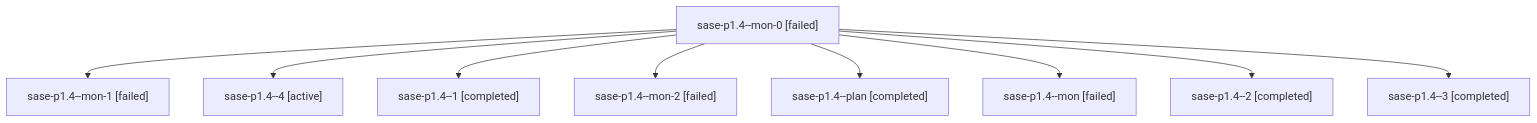
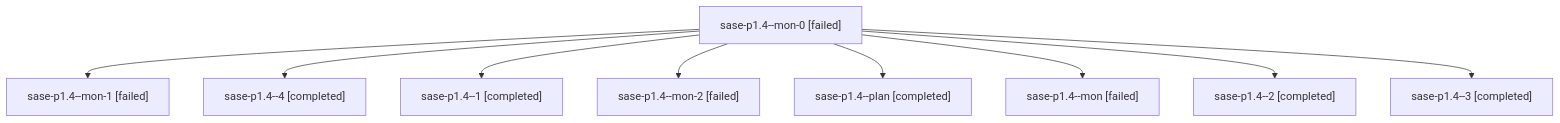
Before and after one commit to sase-org/sase--agents: the diagram in families/bbugyi200.athena.sase-p1.4.md, drawn with Mermaid. The commit also changed other lines of this file and 51 other files, not shown here.

````diff
--- a/families/bbugyi200.athena.sase-p1.4.md
+++ b/families/bbugyi200.athena.sase-p1.4.md
@@ -9,20 +9,20 @@
 ```mermaid
 flowchart TD
   n0["sase-p1.4--mon-0 [failed]"]
   n1["sase-p1.4--mon-1 [failed]"]
   n0 --> n1
-  n2["sase-p1.4--4 [active]"]
+  n2["sase-p1.4--4 [completed]"]
   n0 --> n2
   n3["sase-p1.4--1 [completed]"]
   n0 --> n3
   n4["sase-p1.4--mon-2 [failed]"]
   n0 --> n4
   n5["sase-p1.4--plan [completed]"]
   n0 --> n5
   n6["sase-p1.4--mon [failed]"]
   n0 --> n6
   n7["sase-p1.4--2 [completed]"]
   n0 --> n7
   n8["sase-p1.4--3 [completed]"]
   n0 --> n8
 ```
````
